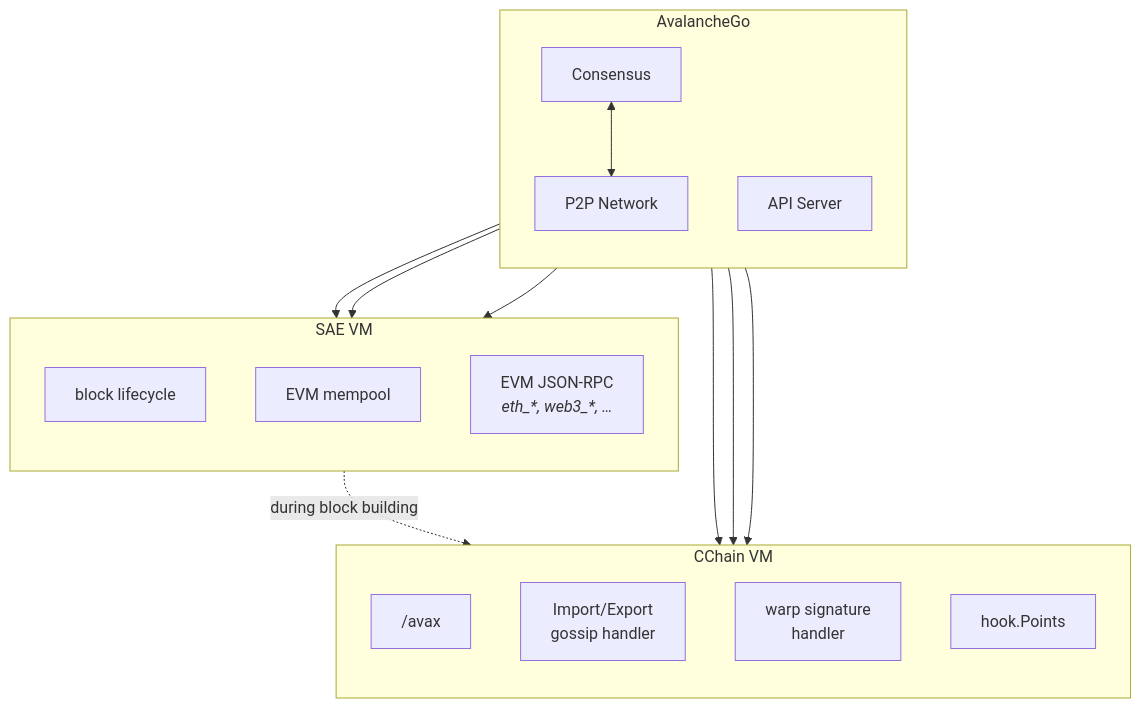
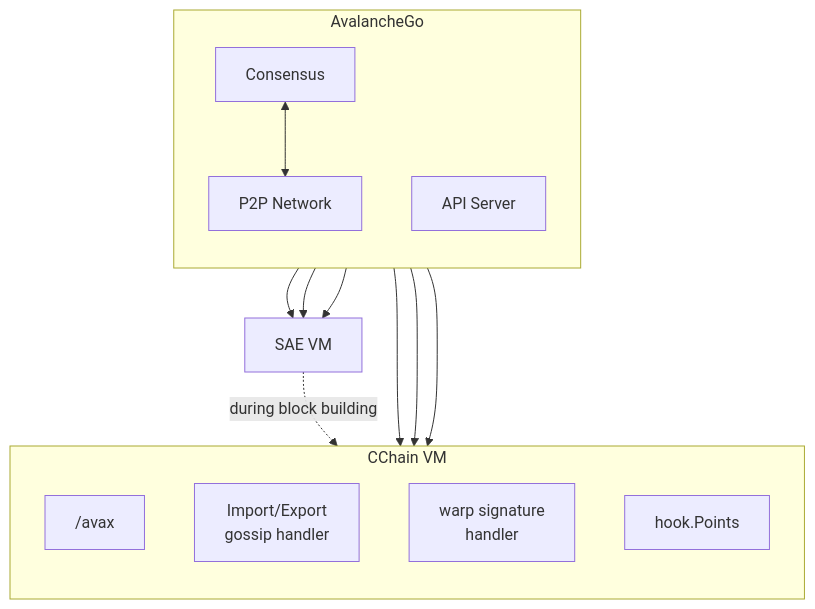
One commit to ava-labs/avalanchego changed the first of 4 diagrams in vms/saevm/cchain/README.md. Above: the diagram before and after it, drawn with Mermaid. The commit also changed other lines of this file, not shown here.

````diff
--- a/vms/saevm/cchain/README.md
+++ b/vms/saevm/cchain/README.md
@@ -9,34 +9,29 @@
 ```mermaid
 flowchart TB
     subgraph avago["AvalancheGo"]
         direction TB
         consensus["Consensus"]
         p2pin["P2P Network"]
         httpd["API Server"]
         consensus <--> p2pin
     end
 
-    subgraph saevm["SAE VM"]
-        direction TB
-        sae_block["block lifecycle"]
-        sae_mempool["EVM mempool"]
-        sae_rpc["EVM JSON-RPC<br/><i>eth_*, web3_*, &hellip;</i>"]
-    end
+    saevm["SAE VM"]
 
     subgraph cchain["CChain VM"]
         direction TB
         cc_rpc["/avax"]
         cc_iegossip["Import/Export<br/>gossip handler"]
         cc_warp["warp signature<br/>handler"]
         cc_hook["hook.Points"]
     end
 
-    consensus --> sae_block
-    p2pin --> sae_mempool
+    consensus --> saevm
+    p2pin --> saevm
     p2pin --> cc_iegossip
     p2pin --> cc_warp
-    httpd --> sae_rpc
+    httpd --> saevm
     httpd --> cc_rpc
 
-    sae_block -.->|"during block building"| cc_hook
+    saevm -.->|"during block building"| cc_hook
 ```
````
